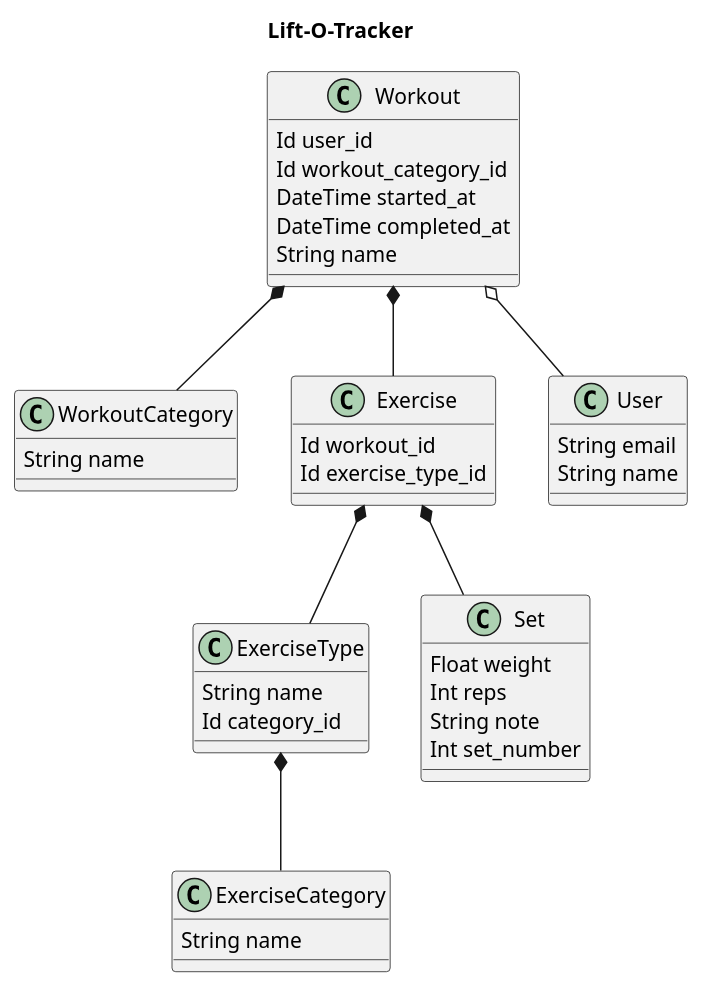
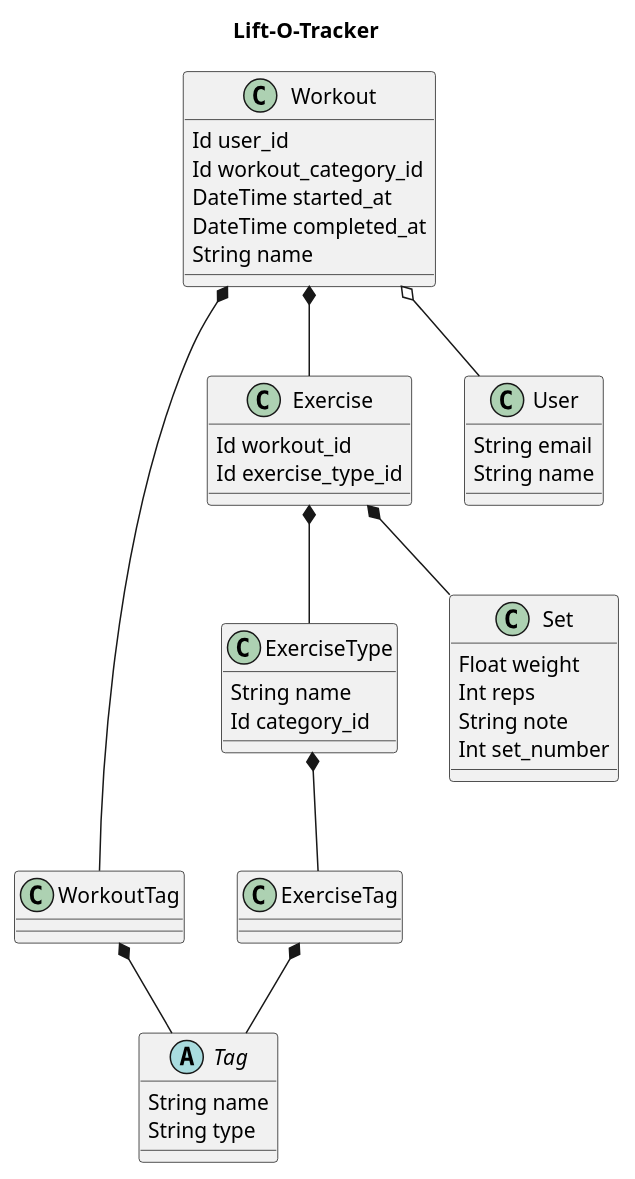
The diagram in docs/model_architecture.PLANTUML (AnthonyRobertson17/arob), drawn with PlantUML before and after one commit.

Commit message:
update docs with new tag architecture

```diff
--- a/docs/model_architecture.PLANTUML
+++ b/docs/model_architecture.PLANTUML
@@ -1,50 +1,55 @@
 @startuml Lift-O-Tracker
 
 title Lift-O-Tracker
 
 class ExerciseType {
   String name
   Id category_id
 }
 
-class ExerciseCategory {
+abstract class Tag {
   String name
+  String type
 }
 
-class WorkoutCategory {
-  String name
+class ExerciseTag {
+}
+
+class WorkoutTag {
 }
 
 class Workout {
   Id user_id
   Id workout_category_id
   DateTime started_at
   DateTime completed_at
   String name
 }
 
 class Exercise {
   Id workout_id
   Id exercise_type_id
 }
 
 class Set {
   Float weight
   Int reps
   String note
   Int set_number
 }
 
 class User {
   String email
   String name
 }
 
 Workout o-- User
 Exercise *-- Set
 Workout *-- Exercise
 Exercise *-- ExerciseType
-ExerciseType *-- ExerciseCategory
-Workout *-- WorkoutCategory
+ExerciseType *-- ExerciseTag
+Workout *-- WorkoutTag
+ExerciseTag *-- Tag
+WorkoutTag *-- Tag
 
 @enduml
```
